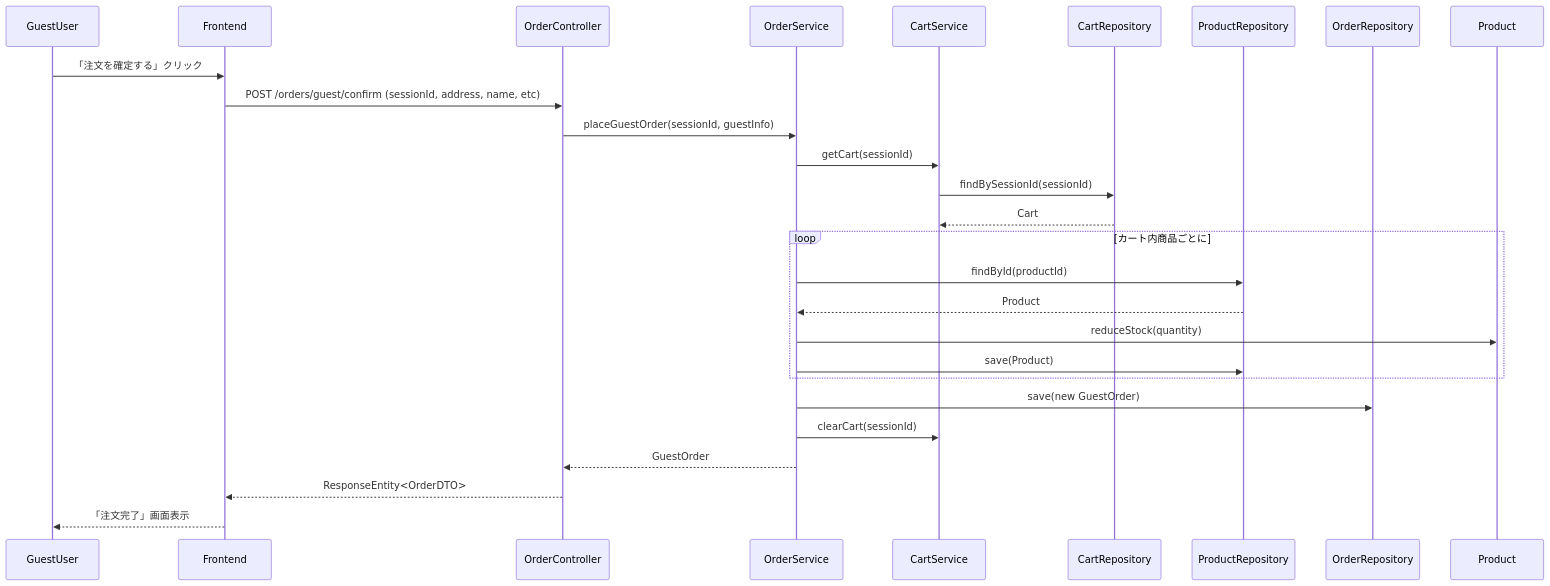
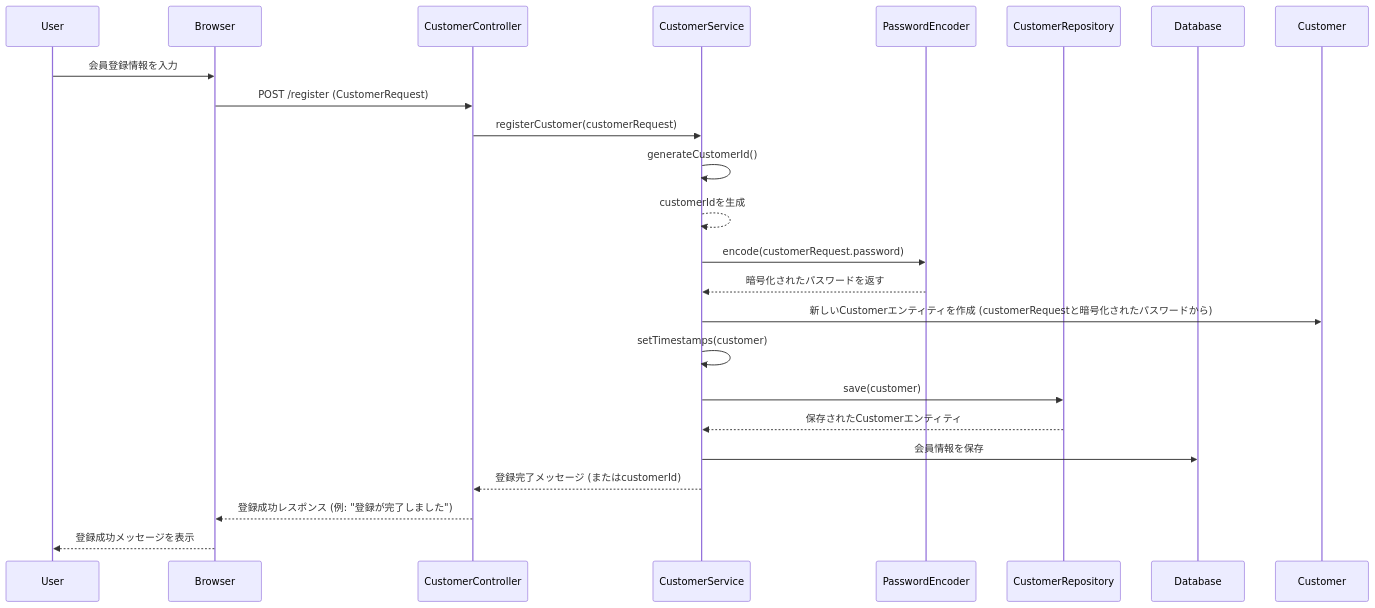
One commit to ainaga09/ACE changed the eighth of 8 diagrams in 詳細設計/シークエンス図.md. Above: the diagram before and after it, drawn with Mermaid. The commit also changed other lines of this file and 1 other file, not shown here.

```diff
--- a/詳細設計/シークエンス図.md
+++ b/詳細設計/シークエンス図.md
@@ -284,35 +355,47 @@
 <div class="mermaid">
 sequenceDiagram
-    participant GuestUser
-    participant Frontend
-    participant OrderController
-    participant OrderService
-    participant CartService
-    participant CartRepository
-    participant ProductRepository
-    participant OrderRepository
-    participant Product
 
-    GuestUser->>Frontend: 「注文を確定する」クリック
-    Frontend->>OrderController: POST /orders/guest/confirm (sessionId, address, name, etc)
-    OrderController->>OrderService: placeGuestOrder(sessionId, guestInfo)
+    participant User
 
-    OrderService->>CartService: getCart(sessionId)
-    CartService->>CartRepository: findBySessionId(sessionId)
-    CartRepository-->>CartService: Cart
+    participant Browser
 
-    loop カート内商品ごとに
-        OrderService->>ProductRepository: findById(productId)
-        ProductRepository-->>OrderService: Product
-        OrderService->>Product: reduceStock(quantity)
-        OrderService->>ProductRepository: save(Product)
-    end
+    participant CustomerController
 
-    OrderService->>OrderRepository: save(new GuestOrder)
-    OrderService->>CartService: clearCart(sessionId)
+    participant CustomerService
 
-    OrderService-->>OrderController: GuestOrder
-    OrderController-->>Frontend: ResponseEntity<OrderDTO>
-    Frontend-->>GuestUser: 「注文完了」画面表示
+    participant PasswordEncoder
 
-</div>
+    participant CustomerRepository
+
+    participant Database
+ 
+    User->>Browser: 会員登録情報を入力
+
+    Browser->>CustomerController: POST /register (CustomerRequest)
+
+    CustomerController->>CustomerService: registerCustomer(customerRequest)
+ 
+    CustomerService->>CustomerService: generateCustomerId()
+
+    CustomerService-->>CustomerService: customerIdを生成
+ 
+    CustomerService->>PasswordEncoder: encode(customerRequest.password)
+
+    PasswordEncoder-->>CustomerService: 暗号化されたパスワードを返す
+ 
+    CustomerService->>Customer: 新しいCustomerエンティティを作成 (customerRequestと暗号化されたパスワードから)
+
+    CustomerService->>CustomerService: setTimestamps(customer)
+ 
+    CustomerService->>CustomerRepository: save(customer)
+
+    CustomerRepository-->>CustomerService: 保存されたCustomerエンティティ
+
+    CustomerService->>Database: 会員情報を保存
+ 
+    CustomerService-->>CustomerController: 登録完了メッセージ (またはcustomerId)
+
+    CustomerController-->>Browser: 登録成功レスポンス (例: "登録が完了しました")
+
+    Browser-->>User: 登録成功メッセージを表示
+ </div>
```
